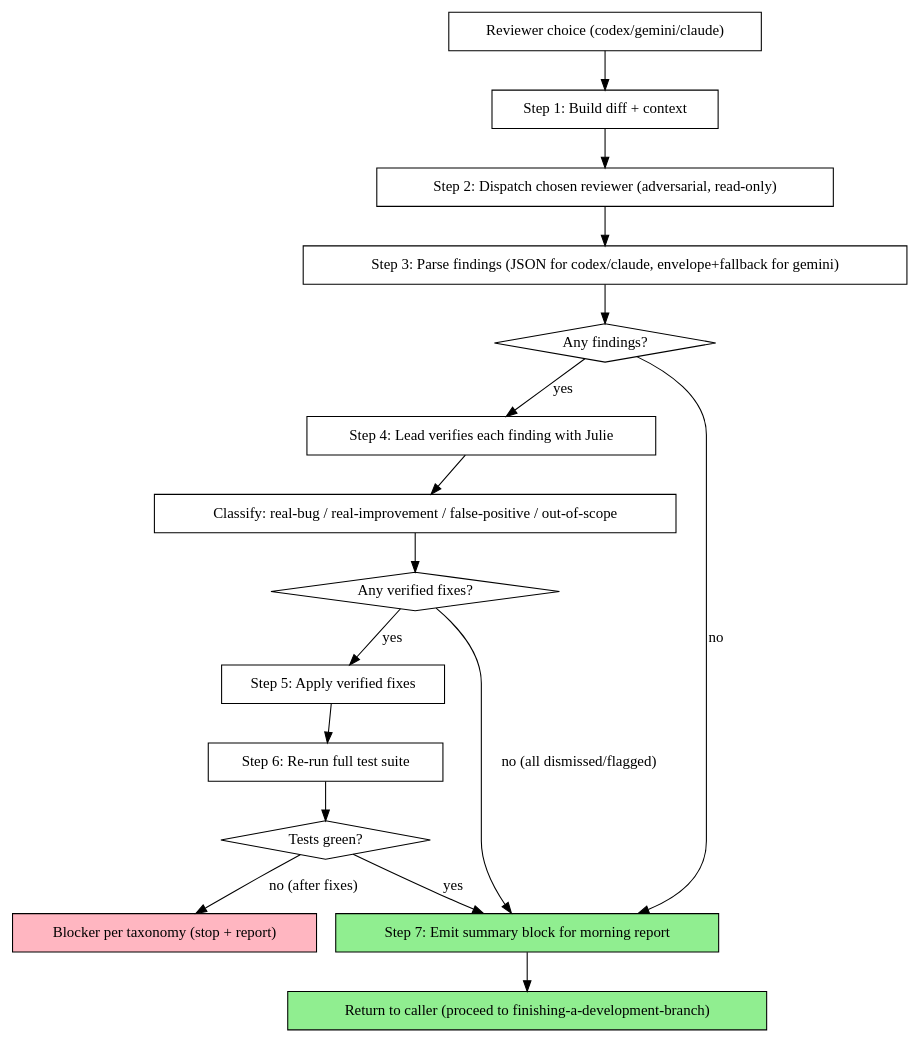
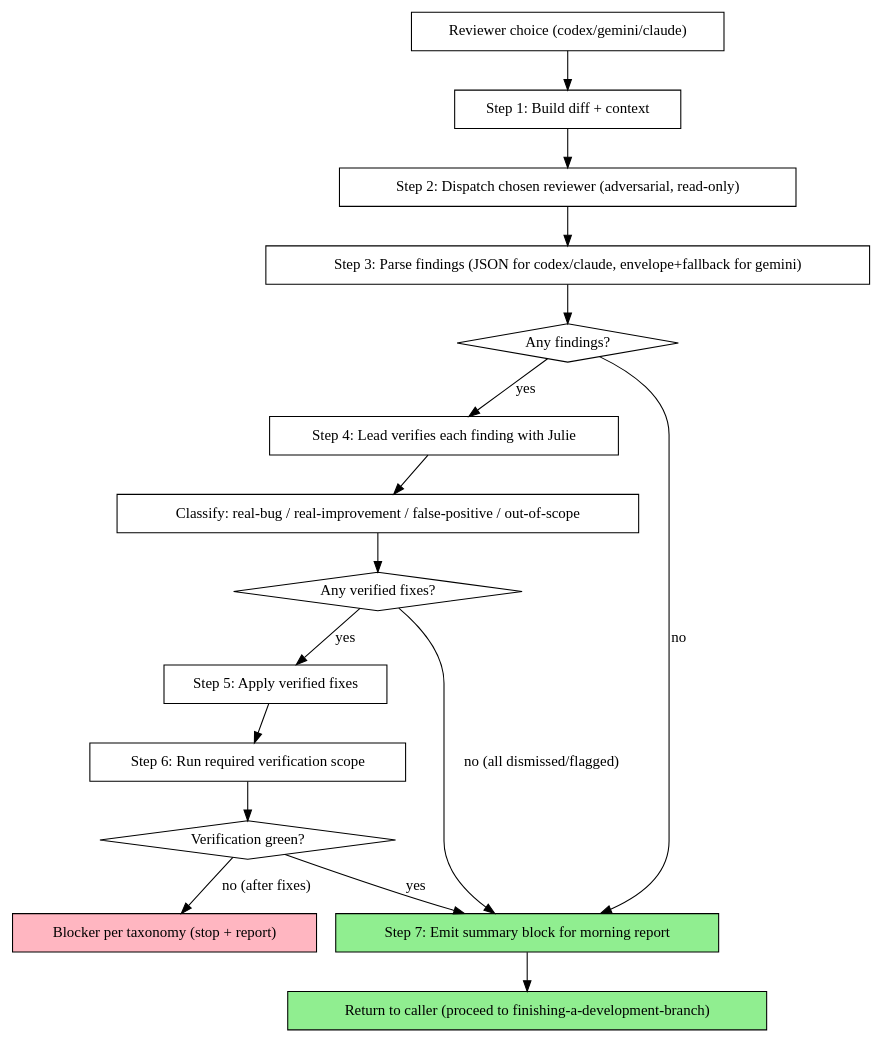
Before and after one commit to anortham/razorback: the diagram in skills/pre-merge-review/SKILL.md, drawn with Graphviz. The commit also changed other lines of this file and 29 other files, not shown here.

````diff
--- a/skills/pre-merge-review/SKILL.md
+++ b/skills/pre-merge-review/SKILL.md
@@ -32,36 +33,36 @@
 ```dot
 digraph pre_merge_review {
     rankdir=TB;
 
     "Reviewer choice (codex/gemini/claude)" [shape=box];
     "Step 1: Build diff + context" [shape=box];
     "Step 2: Dispatch chosen reviewer (adversarial, read-only)" [shape=box];
     "Step 3: Parse findings (JSON for codex/claude, envelope+fallback for gemini)" [shape=box];
     "Any findings?" [shape=diamond];
     "Step 4: Lead verifies each finding with Julie" [shape=box];
     "Classify: real-bug / real-improvement / false-positive / out-of-scope" [shape=box];
     "Any verified fixes?" [shape=diamond];
     "Step 5: Apply verified fixes" [shape=box];
-    "Step 6: Re-run full test suite" [shape=box];
-    "Tests green?" [shape=diamond];
+    "Step 6: Run required verification scope" [shape=box];
+    "Verification green?" [shape=diamond];
     "Step 7: Emit summary block for morning report" [shape=box style=filled fillcolor=lightgreen];
     "Return to caller (proceed to finishing-a-development-branch)" [shape=box style=filled fillcolor=lightgreen];
     "Blocker per taxonomy (stop + report)" [shape=box style=filled fillcolor=lightpink];
 
     "Reviewer choice (codex/gemini/claude)" -> "Step 1: Build diff + context";
     "Step 1: Build diff + context" -> "Step 2: Dispatch chosen reviewer (adversarial, read-only)";
     "Step 2: Dispatch chosen reviewer (adversarial, read-only)" -> "Step 3: Parse findings (JSON for codex/claude, envelope+fallback for gemini)";
     "Step 3: Parse findings (JSON for codex/claude, envelope+fallback for gemini)" -> "Any findings?";
     "Any findings?" -> "Step 7: Emit summary block for morning report" [label="no"];
     "Any findings?" -> "Step 4: Lead verifies each finding with Julie" [label="yes"];
     "Step 4: Lead verifies each finding with Julie" -> "Classify: real-bug / real-improvement / false-positive / out-of-scope";
     "Classify: real-bug / real-improvement / false-positive / out-of-scope" -> "Any verified fixes?";
     "Any verified fixes?" -> "Step 7: Emit summary block for morning report" [label="no (all dismissed/flagged)"];
     "Any verified fixes?" -> "Step 5: Apply verified fixes" [label="yes"];
-    "Step 5: Apply verified fixes" -> "Step 6: Re-run full test suite";
-    "Step 6: Re-run full test suite" -> "Tests green?";
-    "Tests green?" -> "Step 7: Emit summary block for morning report" [label="yes"];
-    "Tests green?" -> "Blocker per taxonomy (stop + report)" [label="no (after fixes)"];
+    "Step 5: Apply verified fixes" -> "Step 6: Run required verification scope";
+    "Step 6: Run required verification scope" -> "Verification green?";
+    "Verification green?" -> "Step 7: Emit summary block for morning report" [label="yes"];
+    "Verification green?" -> "Blocker per taxonomy (stop + report)" [label="no (after fixes)"];
     "Step 7: Emit summary block for morning report" -> "Return to caller (proceed to finishing-a-development-branch)";
 }
 ```
````
